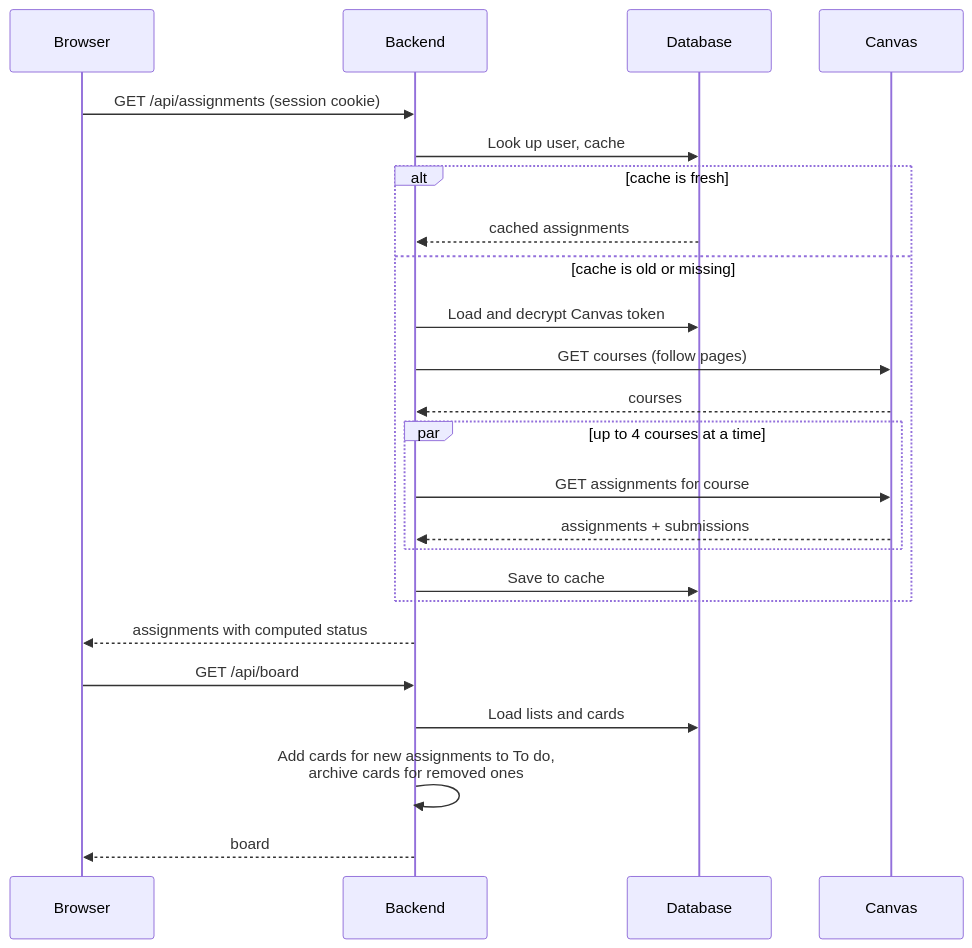
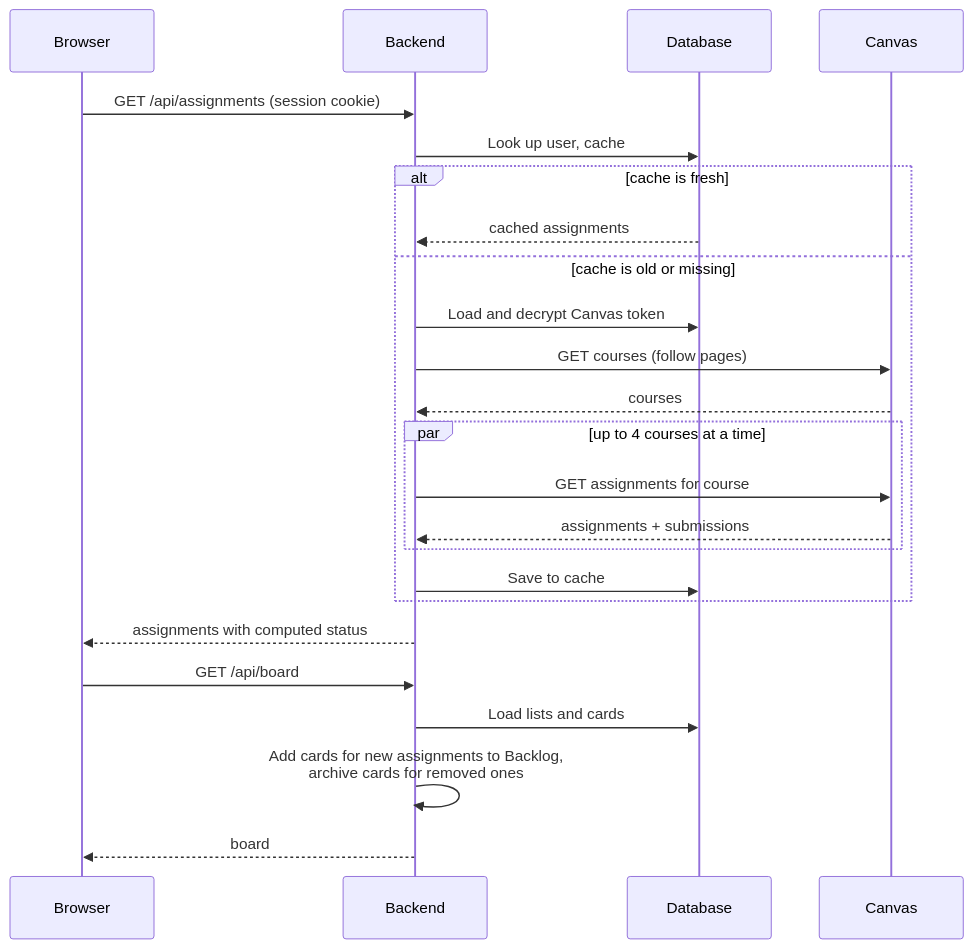
The fifth of 6 diagrams in docs/canvas-portal/03-design.md (bbranton/TestProj), drawn with Mermaid before and after one commit. The commit also changed other lines of this file and 4 other files, not shown here.

First line of the commit message:
Add a Backlog list before To do for new Canvas assignments

````diff
--- a/docs/canvas-portal/03-design.md
+++ b/docs/canvas-portal/03-design.md
@@ -318,27 +318,27 @@
 ```mermaid
 sequenceDiagram
     participant B as Browser
     participant A as Backend
     participant D as Database
     participant C as Canvas
 
     B->>A: GET /api/assignments (session cookie)
     A->>D: Look up user, cache
     alt cache is fresh
         D-->>A: cached assignments
     else cache is old or missing
         A->>D: Load and decrypt Canvas token
         A->>C: GET courses (follow pages)
         C-->>A: courses
         par up to 4 courses at a time
             A->>C: GET assignments for course
             C-->>A: assignments + submissions
         end
         A->>D: Save to cache
     end
     A-->>B: assignments with computed status
     B->>A: GET /api/board
     A->>D: Load lists and cards
-    A->>A: Add cards for new assignments to To do,<br/>archive cards for removed ones
+    A->>A: Add cards for new assignments to Backlog,<br/>archive cards for removed ones
     A-->>B: board
 ```
````
